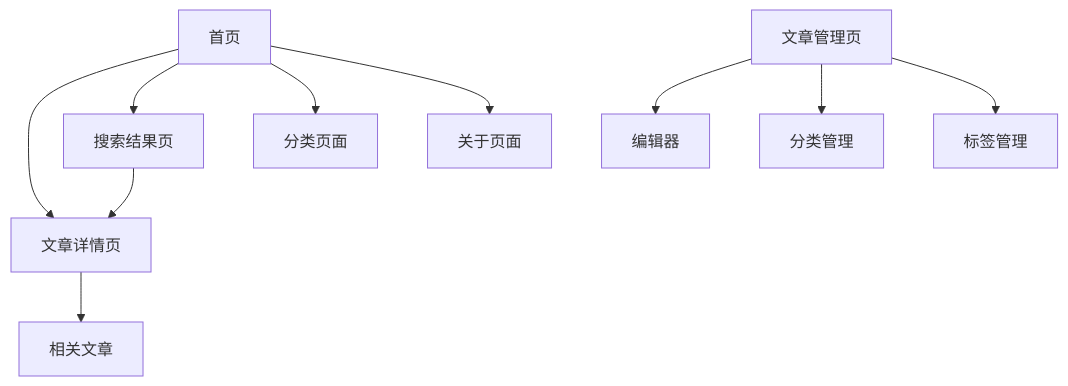
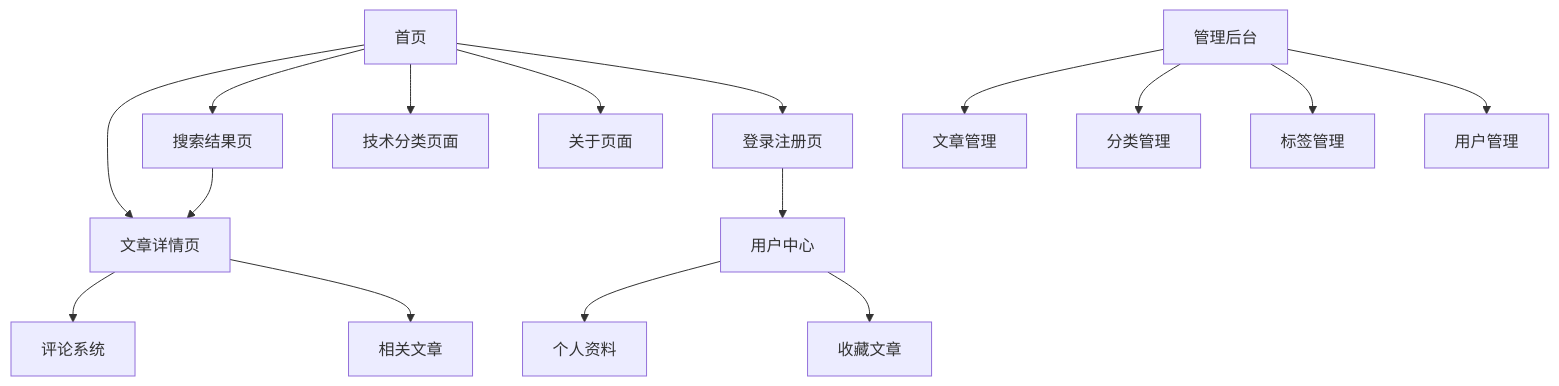
One commit to Justinony/my-blob changed the diagram in .trae/documents/vue3-blog-requirements.md. Above: the diagram before and after it, drawn with Mermaid. The commit also changed other lines of this file and 19 other files, not shown here.

````diff
--- a/.trae/documents/vue3-blog-requirements.md
+++ b/.trae/documents/vue3-blog-requirements.md
@@ -60,12 +74,18 @@
 ```mermaid
 graph TD
   A[首页] --> B[文章详情页]
   A --> C[搜索结果页]
-  A --> D[分类页面]
+  A --> D[技术分类页面]
   A --> E[关于页面]
-  B --> F[相关文章]
+  A --> F[登录注册页]
+  F --> G[用户中心]
+  G --> H[个人资料]
+  G --> I[收藏文章]
+  B --> J[评论系统]
+  B --> K[相关文章]
   C --> B
-  G[文章管理页] --> H[编辑器]
-  G --> I[分类管理]
-  G --> J[标签管理]
+  L[管理后台] --> M[文章管理]
+  L --> N[分类管理]
+  L --> O[标签管理]
+  L --> P[用户管理]
 ```
````
